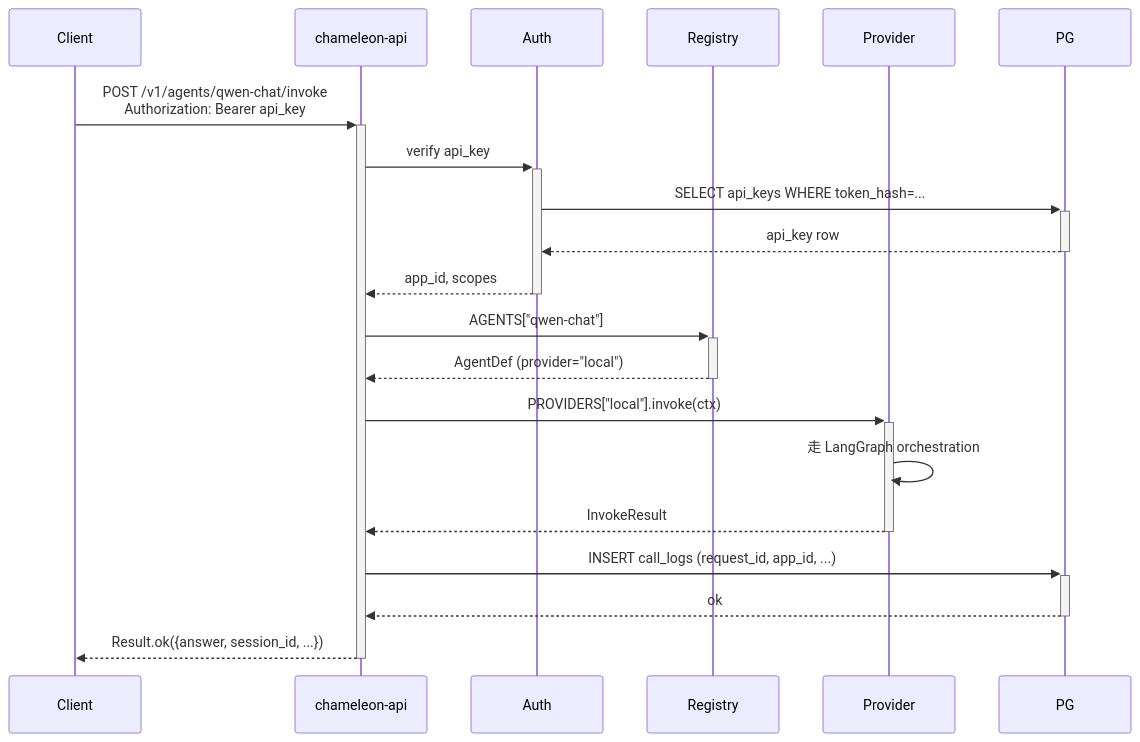
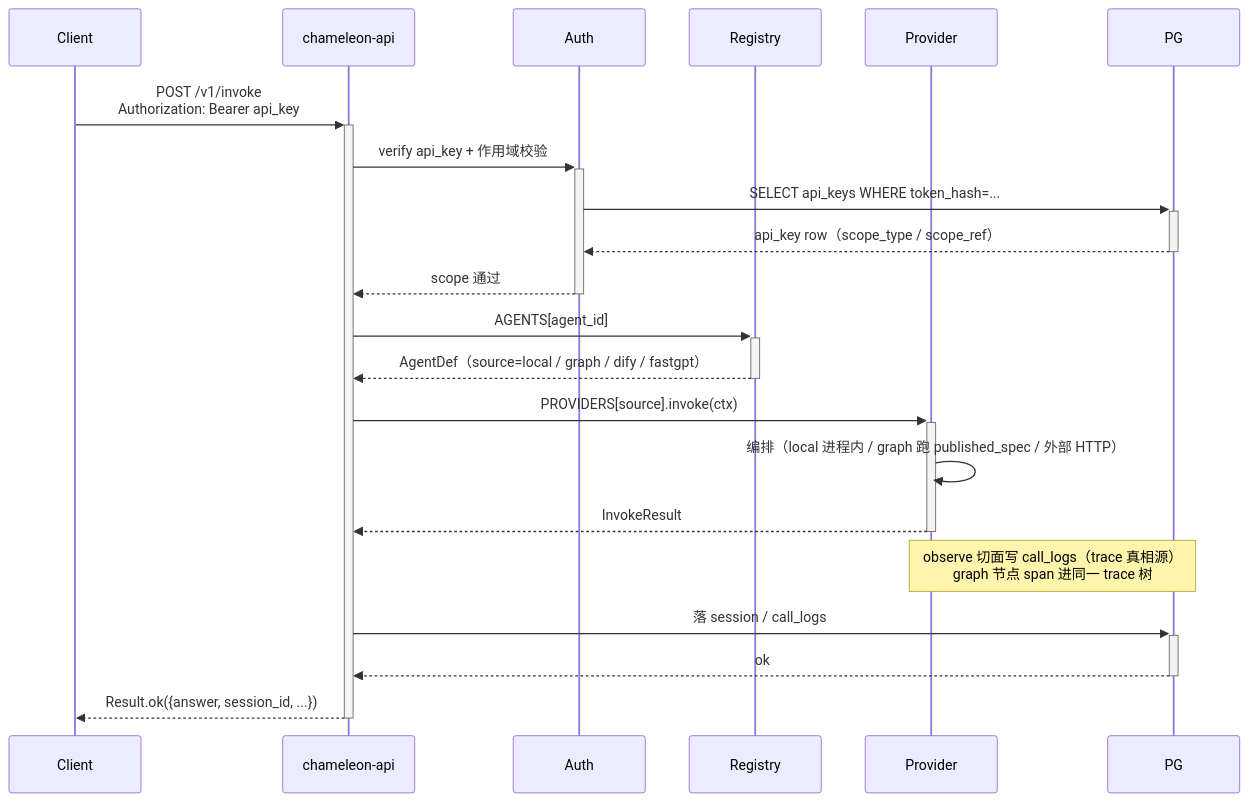
One commit to garveyhu/Chameleon changed the second of 2 diagrams in docs/zh/architecture.md. Above: the diagram before and after it, drawn with Mermaid. The commit also changed other lines of this file and 53 other files, not shown here.

````diff
--- a/docs/zh/architecture.md
+++ b/docs/zh/architecture.md
@@ -177,26 +260,28 @@
 ```mermaid
 sequenceDiagram
     participant C as Client
     participant API as chameleon-api
     participant Auth as Auth
     participant Reg as Registry
     participant P as Provider
     participant DB as PG
 
-    C->>+API: POST /v1/agents/qwen-chat/invoke<br/>Authorization: Bearer api_key
-    API->>+Auth: verify api_key
+    C->>+API: POST /v1/invoke<br/>Authorization: Bearer api_key
+    API->>+Auth: verify api_key + 作用域校验
     Auth->>+DB: SELECT api_keys WHERE token_hash=...
-    DB-->>-Auth: api_key row
-    Auth-->>-API: app_id, scopes
+    DB-->>-Auth: api_key row（scope_type / scope_ref）
+    Auth-->>-API: scope 通过
 
-    API->>+Reg: AGENTS["qwen-chat"]
-    Reg-->>-API: AgentDef (provider="local")
+    API->>+Reg: AGENTS[agent_id]
+    Reg-->>-API: AgentDef（source=local / graph / dify / fastgpt）
 
-    API->>+P: PROVIDERS["local"].invoke(ctx)
-    P->>P: 走 LangGraph orchestration
+    API->>+P: PROVIDERS[source].invoke(ctx)
+    P->>P: 编排（local 进程内 / graph 跑 published_spec / 外部 HTTP）
     P-->>-API: InvokeResult
 
-    API->>+DB: INSERT call_logs (request_id, app_id, ...)
+    Note over P,DB: observe 切面写 call_logs（trace 真相源）<br/>graph 节点 span 进同一 trace 树
+
+    API->>+DB: 落 session / call_logs
     DB-->>-API: ok
     API-->>-C: Result.ok({answer, session_id, ...})
 ```
````
